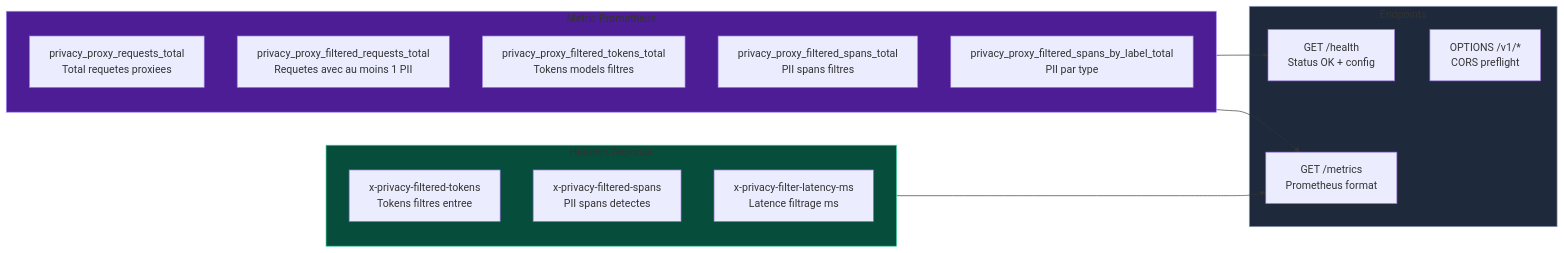
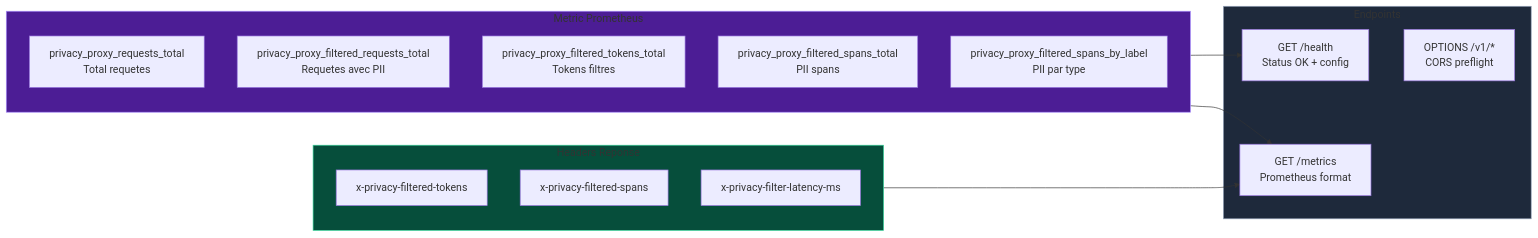
The fifth of 7 diagrams in doc/architecture.md (ynotopec/api-llm-privacy-proxy), drawn with Mermaid before and after one commit. The commit also changed other lines of this file, not shown here.

First line of the commit message:
fix: final Mermaid rendering fixes

````diff
--- a/doc/architecture.md
+++ b/doc/architecture.md
@@ -173,31 +160,31 @@
 ```mermaid
 graph LR
-    subgraph METRICS[Metric Prometheus]
-        A1[privacy_proxy_requests_total<br>Total requetes proxiees]
-        A2[privacy_proxy_filtered_requests_total<br>Requetes avec au moins 1 PII]
-        A3[privacy_proxy_filtered_tokens_total<br>Tokens models filtres]
-        A4[privacy_proxy_filtered_spans_total<br>PII spans filtres]
-        A5[privacy_proxy_filtered_spans_by_label_total<br>PII par type]
+    subgraph METRIC[Metric Prometheus]
+        M1[privacy_proxy_requests_total<br/>Total requetes]
+        M2[privacy_proxy_filtered_requests_total<br/>Requetes avec PII]
+        M3[privacy_proxy_filtered_tokens_total<br/>Tokens filtres]
+        M4[privacy_proxy_filtered_spans_total<br/>PII spans]
+        M5[privacy_proxy_filtered_spans_by_label<br/>PII par type]
     end
 
-    subgraph HEADERS[Headers Reponse]
-        B1[x-privacy-filtered-tokens<br>Tokens filtres entree]
-        B2[x-privacy-filtered-spans<br>PII spans detectes]
-        B3[x-privacy-filter-latency-ms<br>Latence filtrage ms]
+    subgraph HDR[Headers Reponse]
+        H1[x-privacy-filtered-tokens]
+        H2[x-privacy-filtered-spans]
+        H3[x-privacy-filter-latency-ms]
     end
 
-    subgraph ENDPOINTS[Endpoints]
-        C1[GET /health<br>Status OK + config]
-        C2[GET /metrics<br>Prometheus format]
-        C3[OPTIONS /v1/*<br>CORS preflight]
+    subgraph EP[Endpoints]
+        E1[GET /health<br/>Status OK + config]
+        E2[GET /metrics<br/>Prometheus format]
+        E3[OPTIONS /v1/*<br/>CORS preflight]
     end
 
-    METRICS --> C2
-    HEADERS --> C2
-    METRICS --> C1
-    ENDPOINTS --> C3
+    METRIC --> E2
+    HDR --> E2
+    METRIC --> E1
+    EP --> E3
 
-    style METRICS fill:#4c1d95,stroke:#a78bfa
-    style HEADERS fill:#064e3b,stroke:#34d399
-    style ENDPOINTS fill:#1e293b,stroke:#94a3b8
+    style METRIC fill:#4c1d95,stroke:#a78bfa
+    style HDR fill:#064e3b,stroke:#34d399
+    style EP fill:#1e293b,stroke:#94a3b8
 ```
````
